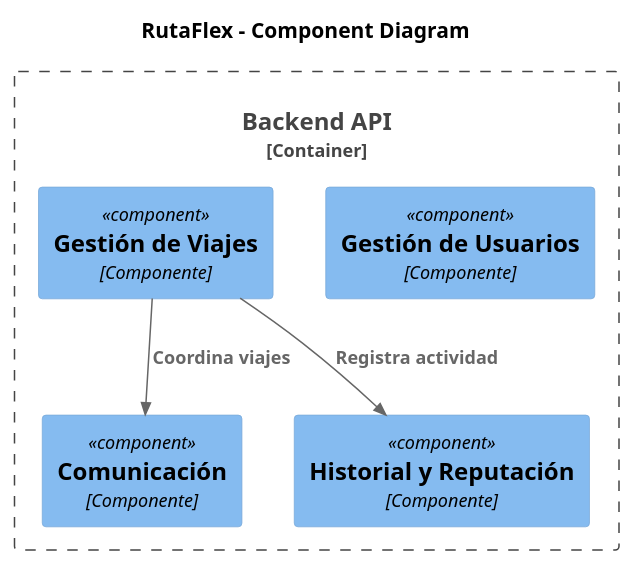
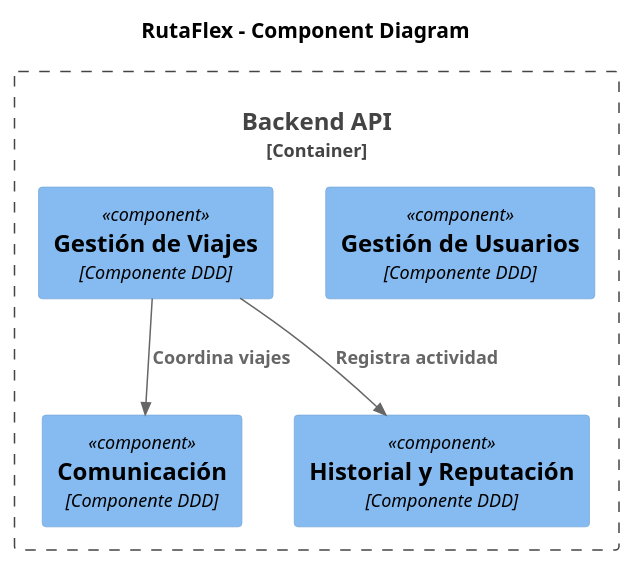
The diagram in C4/C4_nivel3.puml (Richard-suv/UML-PROYECTO), drawn with PlantUML before and after one commit. The commit also changed 17 other files, not shown here.

```diff
--- a/C4/C4_nivel3.puml
+++ b/C4/C4_nivel3.puml
@@ -1,17 +1,16 @@
 @startuml
 !include https://raw.githubusercontent.com/plantuml-stdlib/C4-PlantUML/master/C4_Component.puml
 
 title RutaFlex - Component Diagram
 
 Container_Boundary(api, "Backend API") {
-
-    Component(usuarios, "Gestión de Usuarios", "Componente")
-    Component(viajes, "Gestión de Viajes", "Componente")
-    Component(comunicacion, "Comunicación", "Componente")
-    Component(historial, "Historial y Reputación", "Componente")
+    Component(usuarios, "Gestión de Usuarios", "Componente DDD")
+    Component(viajes, "Gestión de Viajes", "Componente DDD")
+    Component(comunicacion, "Comunicación", "Componente DDD")
+    Component(historial, "Historial y Reputación", "Componente DDD")
 }
 
 Rel(viajes, comunicacion, "Coordina viajes")
 Rel(viajes, historial, "Registra actividad")
 
 @enduml
```
